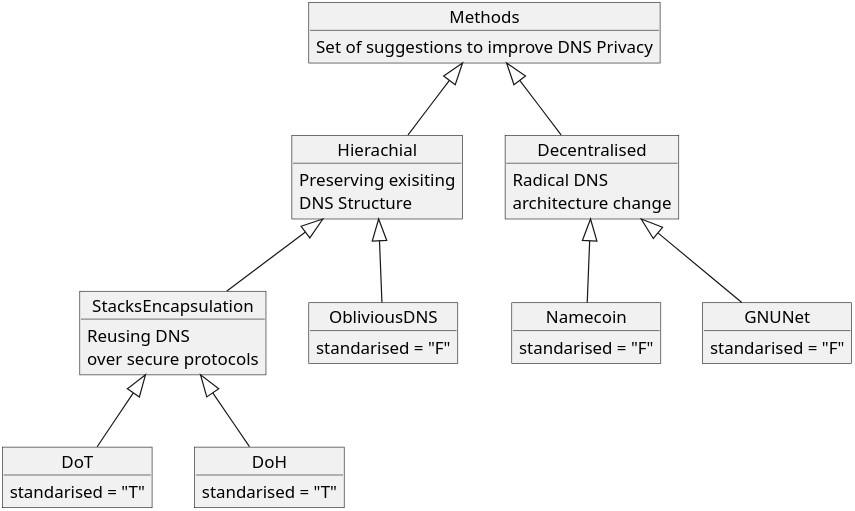
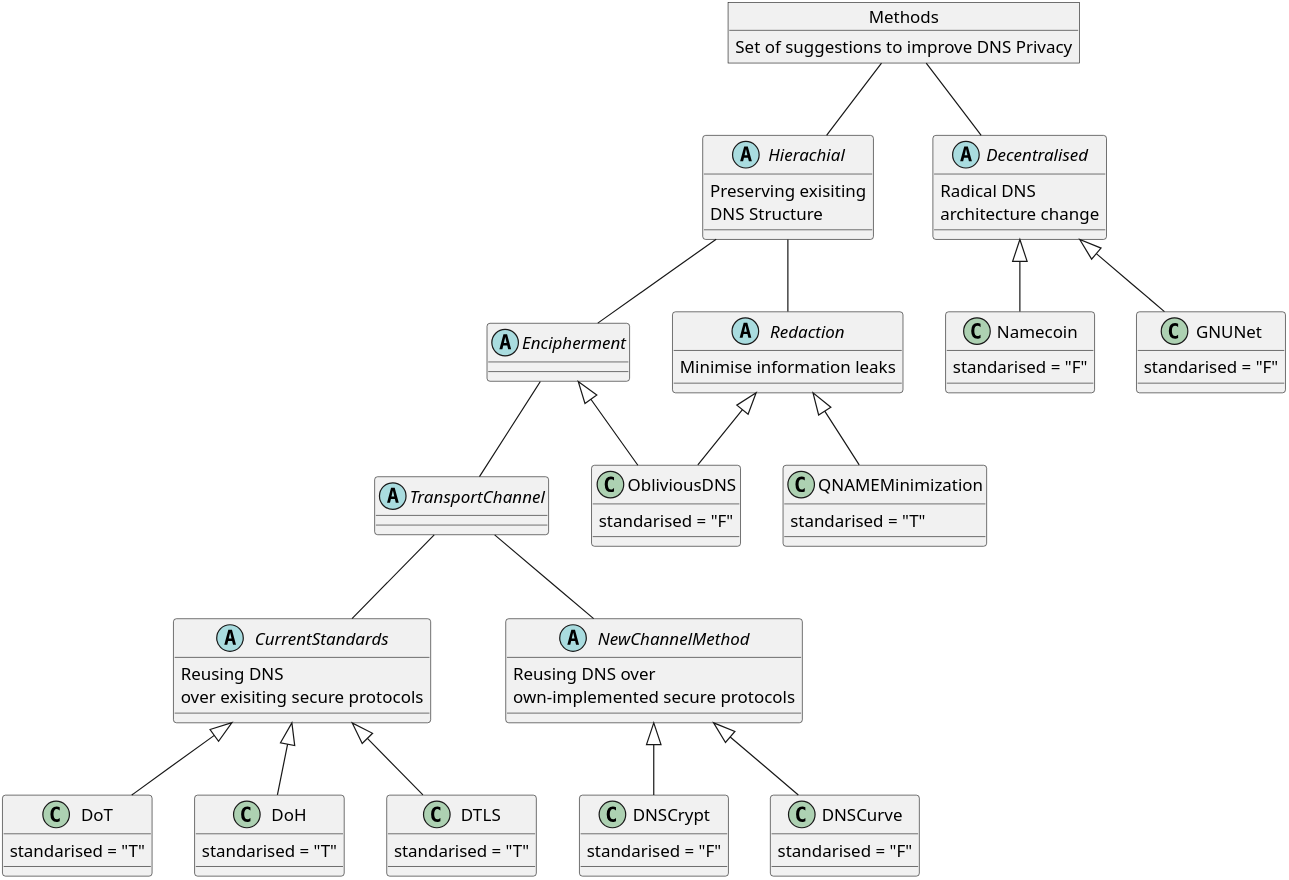
Before and after one commit to songhokun/2DV50E-2019VT: the diagram in MainReport/img/dnsprivacy-classification.plantuml, drawn with PlantUML.

Commit message:
Extended the classification categories of DNS Privacy methods

```diff
--- a/MainReport/img/dnsprivacy-classification.plantuml
+++ b/MainReport/img/dnsprivacy-classification.plantuml
@@ -1,44 +1,79 @@
 @startuml
 skinparam dpi 400
 object Methods {
 Set of suggestions to improve DNS Privacy
 }
 
-object Hierachial {
+abstract Hierachial {
     Preserving exisiting\nDNS Structure 
 }
-object Decentralised {
+abstract Decentralised {
     Radical DNS\narchitecture change
 }
+abstract Encipherment {
 
-object StacksEncapsulation {
-    Reusing DNS\nover secure protocols
+}
+abstract Redaction {
+    Minimise information leaks
+}
+abstract TransportChannel {
+
+}
+abstract CurrentStandards {
+    Reusing DNS\nover exisiting secure protocols
+}
+abstract NewChannelMethod {
+    Reusing DNS over\nown-implemented secure protocols
+}
+class DoT {
+    standarised = "T"
+}
+class DoH {
+    standarised = "T"
+}
+class Namecoin {
+    standarised = "F"
+}
+class GNUNet {
+    standarised = "F"
+}
+class ObliviousDNS{
+    standarised = "F"
+}
+class QNAMEMinimization{
+    standarised = "T"
+}
+class DTLS{
+    standarised = "T"
+}
+class DNSCrypt{
+    standarised = "F"
+}
+class DNSCurve{
+    standarised = "F"
 }
 
-object DoT {
-    standarised = "T"
-}
-object DoH {
-    standarised = "T"
-}
-object Namecoin {
-    standarised = "F"
-}
-object GNUNet {
-    standarised = "F"
-}
-object ObliviousDNS{
-    standarised = "F"
-}
-Methods <|-- Hierachial
-Methods <|-- Decentralised
-Hierachial <|-- StacksEncapsulation
+Methods -- Hierachial
+Methods -- Decentralised
+Hierachial -- Encipherment
+Hierachial -- Redaction
 
-StacksEncapsulation <|-- DoT
-StacksEncapsulation <|-- DoH
-Hierachial <|-- ObliviousDNS
+Encipherment -- TransportChannel
+TransportChannel -- CurrentStandards
+TransportChannel -- NewChannelMethod
+
+CurrentStandards <|-- DoT
+CurrentStandards <|-- DoH
+CurrentStandards <|-- DTLS
+
+Encipherment <|-- ObliviousDNS
+Redaction <|-- ObliviousDNS
+Redaction <|-- QNAMEMinimization
+
+NewChannelMethod <|-- DNSCrypt
+NewChannelMethod <|-- DNSCurve
 
 Decentralised <|-- Namecoin
 Decentralised <|-- GNUNet
 
 @enduml
```
